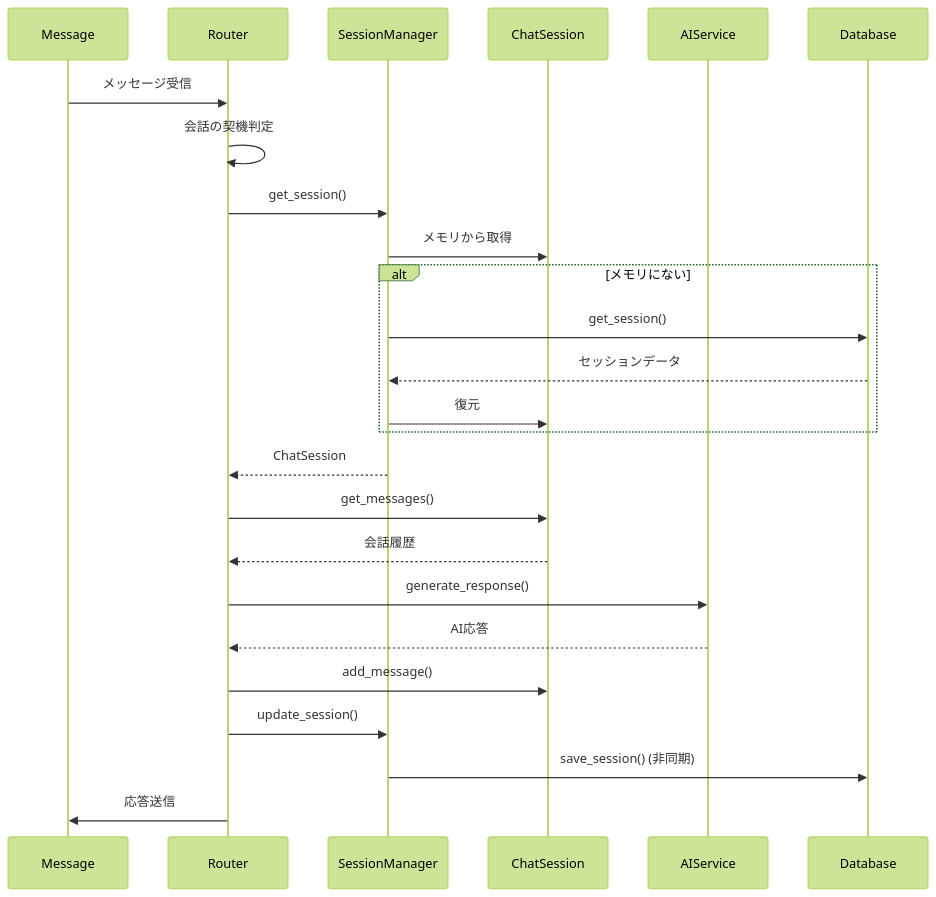
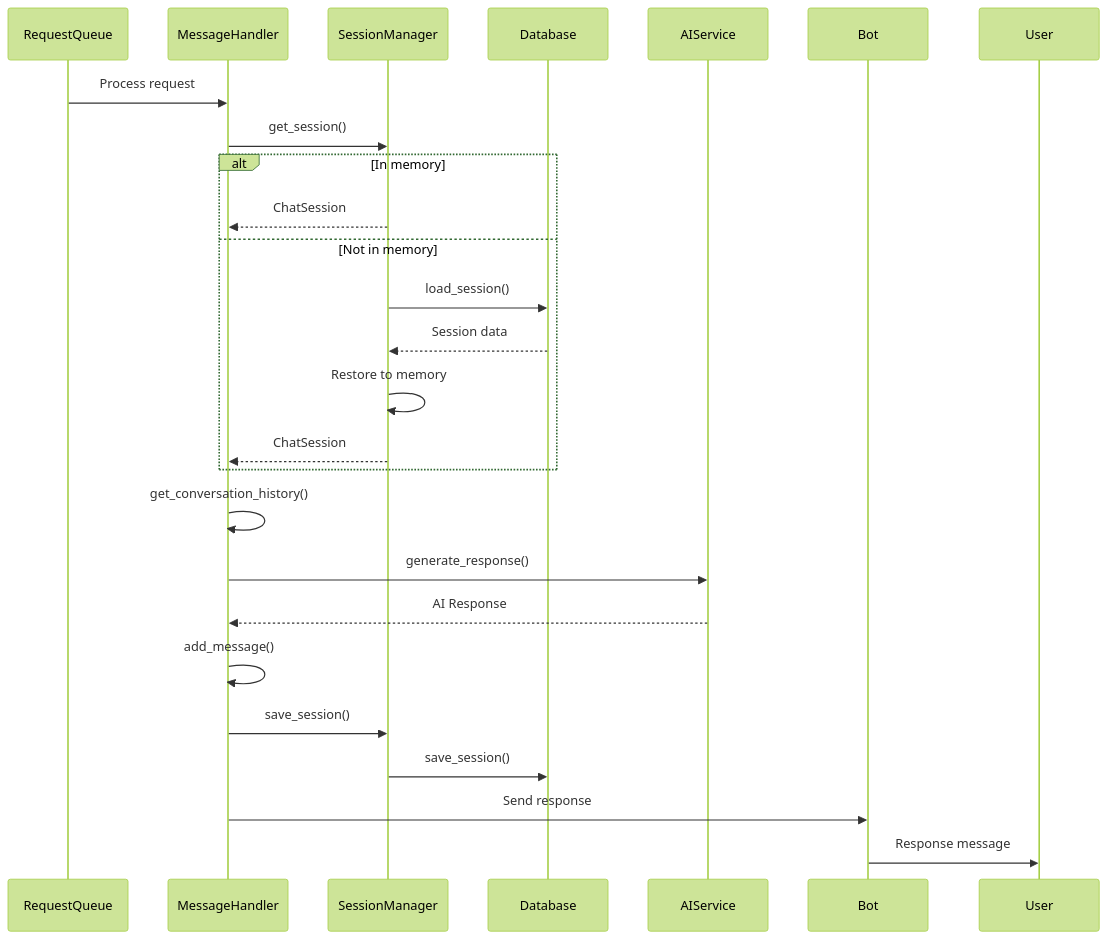
The second of 2 diagrams in docs/architecture/detailed-design.md (fluxrozin/kotonoha-bot), drawn with Mermaid (forest theme) before and after one commit. The commit also changed other lines of this file and 16 other files, not shown here.

````diff
--- a/docs/architecture/detailed-design.md
+++ b/docs/architecture/detailed-design.md
@@ -463,28 +506,29 @@
 ```mermaid
 sequenceDiagram
-    participant M as Message
-    participant R as Router
+    participant Q as RequestQueue
+    participant H as MessageHandler
     participant S as SessionManager
-    participant C as ChatSession
+    participant D as Database
     participant A as AIService
-    participant D as Database
+    participant B as Bot
+    participant U as User
 
-    M->>R: メッセージ受信
-    R->>R: 会話の契機判定
-    R->>S: get_session()
-    S->>C: メモリから取得
-    alt メモリにない
-        S->>D: get_session()
-        D-->>S: セッションデータ
-        S->>C: 復元
+    Q->>H: Process request
+    H->>S: get_session()
+    alt In memory
+        S-->>H: ChatSession
+    else Not in memory
+        S->>D: load_session()
+        D-->>S: Session data
+        S->>S: Restore to memory
+        S-->>H: ChatSession
     end
-    S-->>R: ChatSession
-    R->>C: get_messages()
-    C-->>R: 会話履歴
-    R->>A: generate_response()
-    A-->>R: AI応答
-    R->>C: add_message()
-    R->>S: update_session()
-    S->>D: save_session() (非同期)
-    R->>M: 応答送信
+    H->>H: get_conversation_history()
+    H->>A: generate_response()
+    A-->>H: AI Response
+    H->>H: add_message()
+    H->>S: save_session()
+    S->>D: save_session()
+    H->>B: Send response
+    B->>U: Response message
 ```
````
